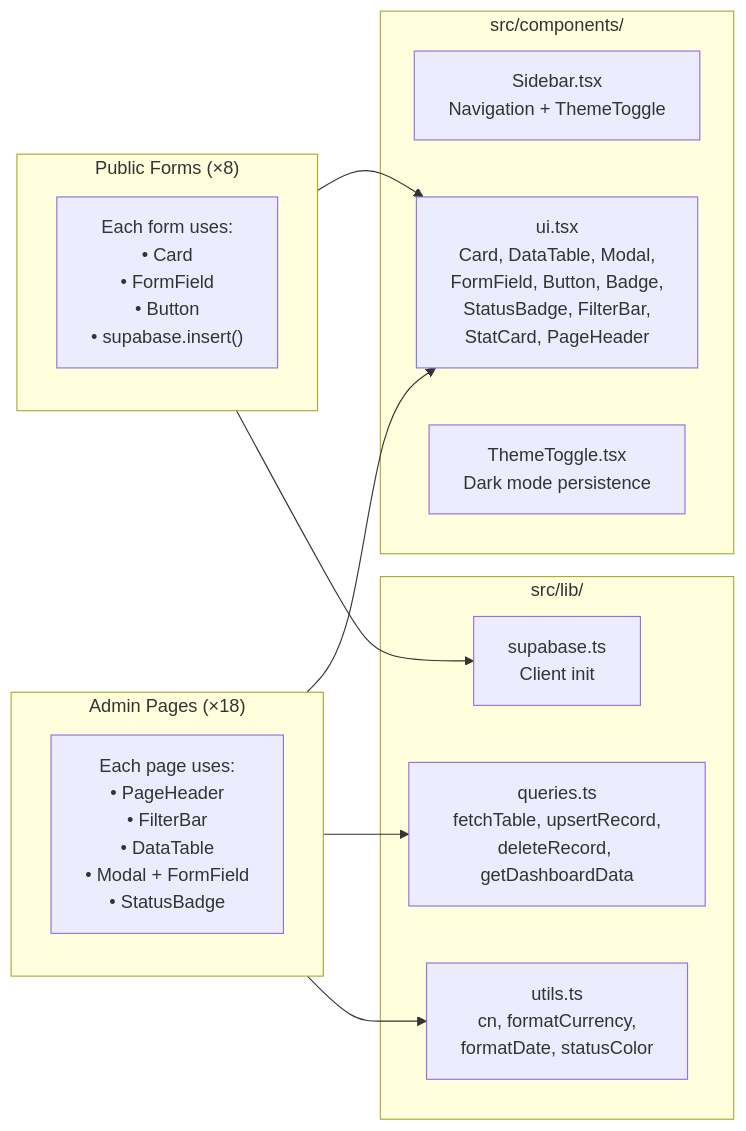
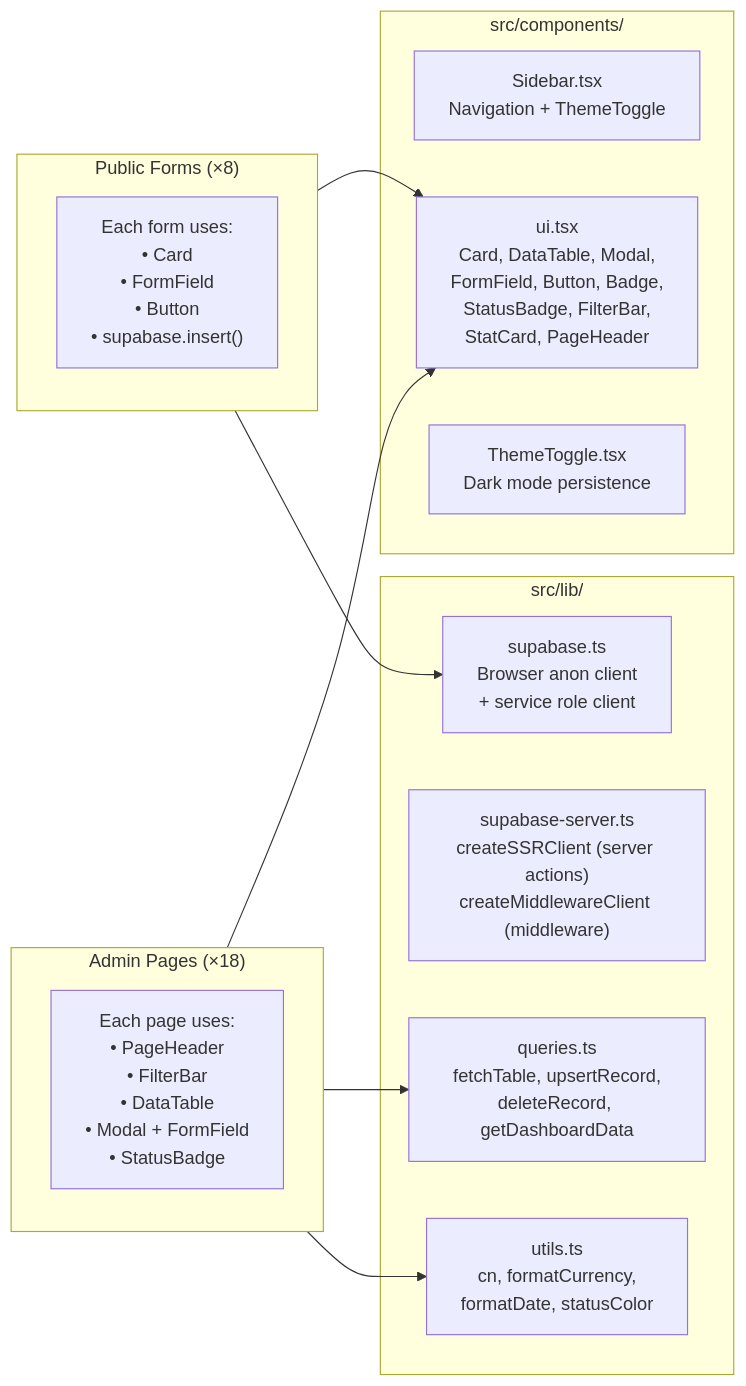
Before and after one commit to AIXMOS537/TMMT: the second of 5 diagrams in docs/ARCHITECTURE.md, drawn with Mermaid. The commit also changed other lines of this file and 1 other file, not shown here.

Commit message:
docs: update STATUS and ARCHITECTURE for Supabase Auth

````diff
--- a/docs/ARCHITECTURE.md
+++ b/docs/ARCHITECTURE.md
@@ -96,28 +113,29 @@
 ```mermaid
 graph LR
     subgraph SharedComponents["src/components/"]
         Sidebar["Sidebar.tsx<br/>Navigation + ThemeToggle"]
         UI["ui.tsx<br/>Card, DataTable, Modal,<br/>FormField, Button, Badge,<br/>StatusBadge, FilterBar,<br/>StatCard, PageHeader"]
         Theme["ThemeToggle.tsx<br/>Dark mode persistence"]
     end
 
     subgraph Lib["src/lib/"]
-        Supabase["supabase.ts<br/>Client init"]
+        Supabase["supabase.ts<br/>Browser anon client<br/>+ service role client"]
+        SupabaseServer["supabase-server.ts<br/>createSSRClient (server actions)<br/>createMiddlewareClient (middleware)"]
         Queries["queries.ts<br/>fetchTable, upsertRecord,<br/>deleteRecord, getDashboardData"]
         Utils["utils.ts<br/>cn, formatCurrency,<br/>formatDate, statusColor"]
     end
 
     subgraph Pages["Admin Pages (×18)"]
         P["Each page uses:<br/>• PageHeader<br/>• FilterBar<br/>• DataTable<br/>• Modal + FormField<br/>• StatusBadge"]
     end
 
     subgraph Forms["Public Forms (×8)"]
         F["Each form uses:<br/>• Card<br/>• FormField<br/>• Button<br/>• supabase.insert()"]
     end
 
     Pages --> UI
     Pages --> Queries
     Pages --> Utils
     Forms --> UI
     Forms --> Supabase
 ```
````
